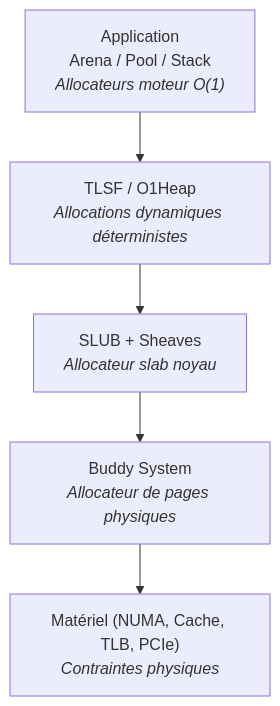
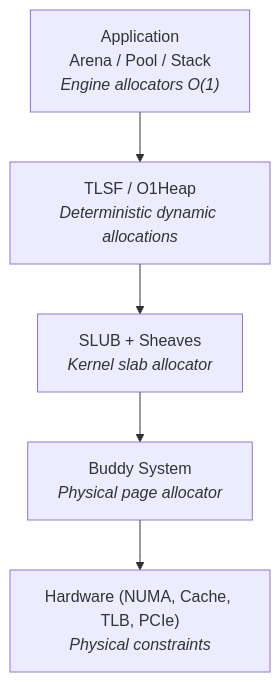
One commit to MasterLaplace/LplKernel changed the first of 6 diagrams in docs/Books/LplKernel_Book.md. Above: the diagram before and after it, drawn with Mermaid. The commit also changed other lines of this file, not shown here.

Commit message:
docs: translate the technical content of LplKernel_Book mermaid into English and keep it up to date

````diff
--- a/docs/Books/LplKernel_Book.md
+++ b/docs/Books/LplKernel_Book.md
@@ -674,9 +674,9 @@
 ```mermaid
 graph TD
-    A["Application<br/>Arena / Pool / Stack<br/><i>Allocateurs moteur O(1)</i>"]
-    B["TLSF / O1Heap<br/><i>Allocations dynamiques déterministes</i>"]
-    C["SLUB + Sheaves<br/><i>Allocateur slab noyau</i>"]
-    D["Buddy System<br/><i>Allocateur de pages physiques</i>"]
-    E["Matériel (NUMA, Cache, TLB, PCIe)<br/><i>Contraintes physiques</i>"]
+    A["Application<br/>Arena / Pool / Stack<br/><i>Engine allocators O(1)</i>"]
+    B["TLSF / O1Heap<br/><i>Deterministic dynamic allocations</i>"]
+    C["SLUB + Sheaves<br/><i>Kernel slab allocator</i>"]
+    D["Buddy System<br/><i>Physical page allocator</i>"]
+    E["Hardware (NUMA, Cache, TLB, PCIe)<br/><i>Physical constraints</i>"]
     A --> B --> C --> D --> E
 ```
````
